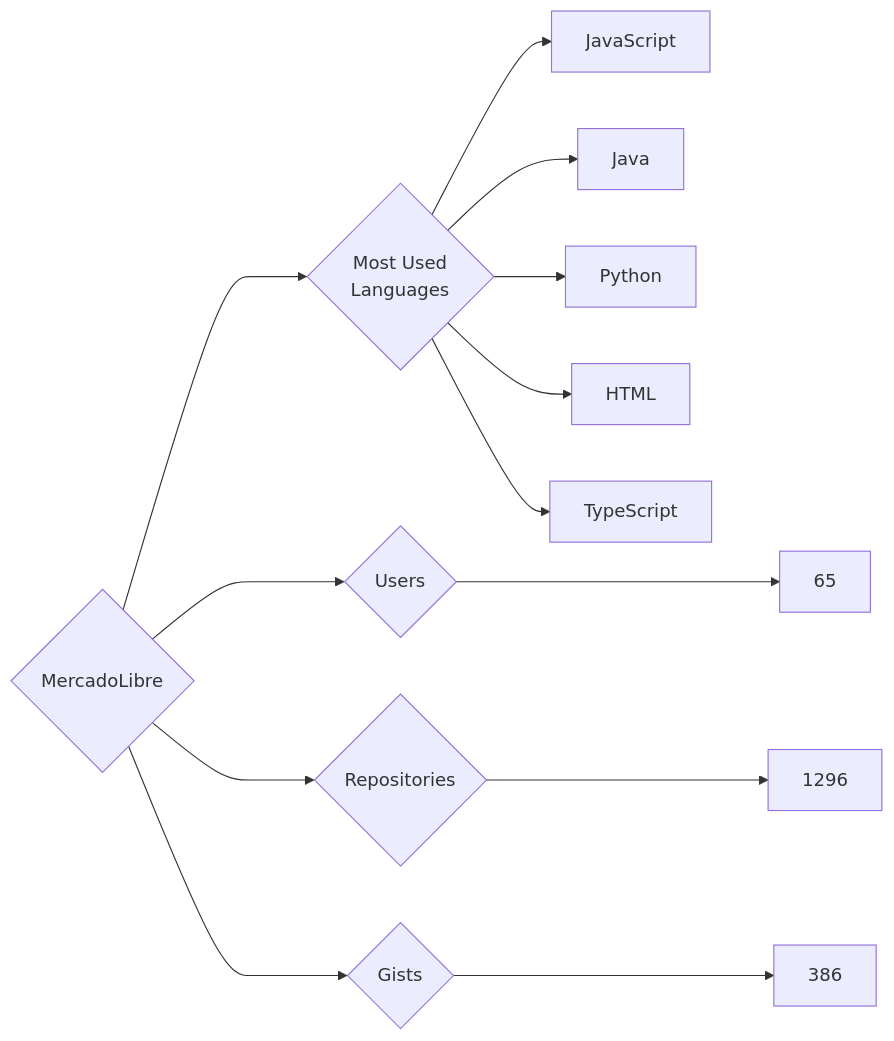
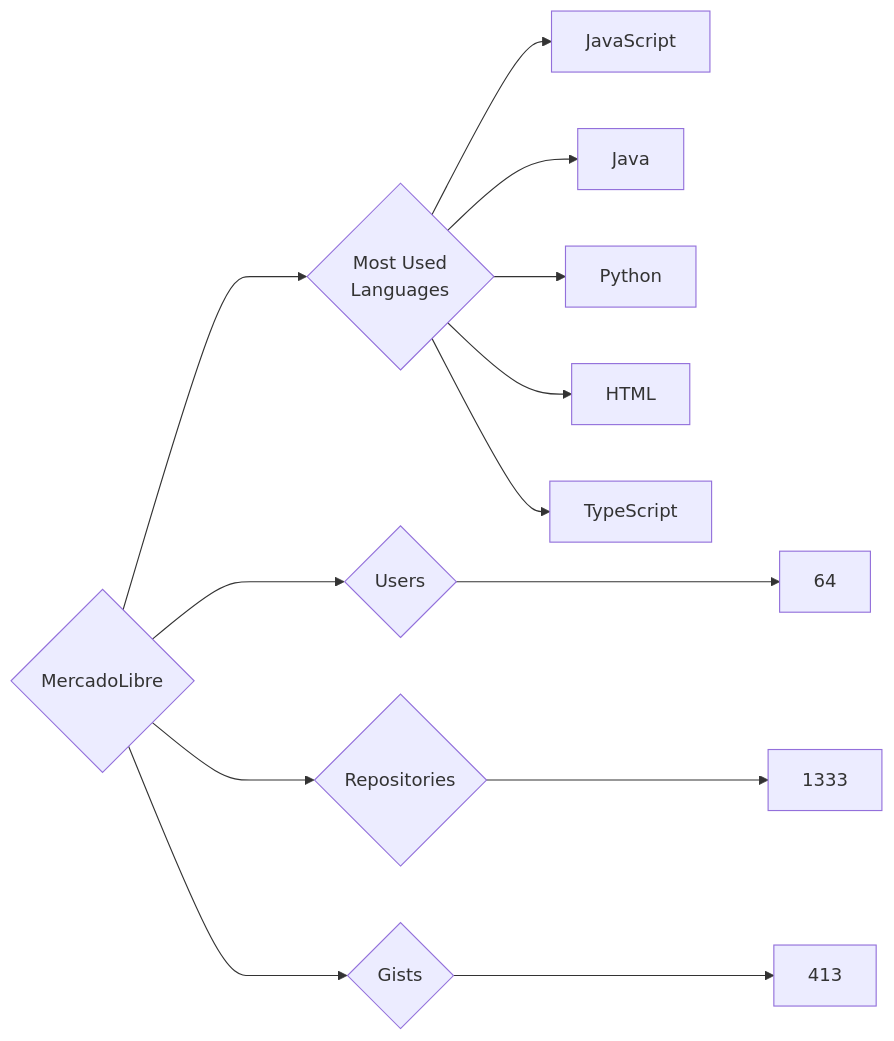
The diagram in targets/MercadoLibre/README.md (trickest/insiders), drawn with Mermaid before and after one commit. The commit also changed 1389 other files, not shown here.

````diff
--- a/targets/MercadoLibre/README.md
+++ b/targets/MercadoLibre/README.md
@@ -3,13 +3,13 @@
 ```mermaid
 graph LR
 COMPANY_NAME{MercadoLibre}
-COMPANY_NAME ---> U{Users} ---> UN[65]
-COMPANY_NAME ---> R{Repositories} ---> RN[1296]
-COMPANY_NAME ---> G{Gists} ---> GN[386]
+COMPANY_NAME ---> U{Users} ---> UN[64]
+COMPANY_NAME ---> R{Repositories} ---> RN[1333]
+COMPANY_NAME ---> G{Gists} ---> GN[413]
 COMPANY_NAME ---> ML{Most Used<br>Languages}
 ML --> JavaScript[JavaScript]
 ML --> Java[Java]
 ML --> Python[Python]
 ML --> HTML[HTML]
 ML --> TypeScript[TypeScript]
 ```
````
